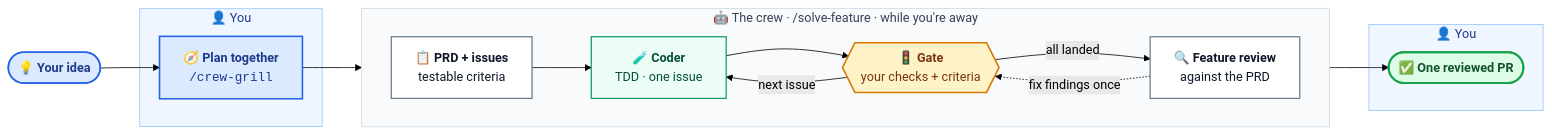
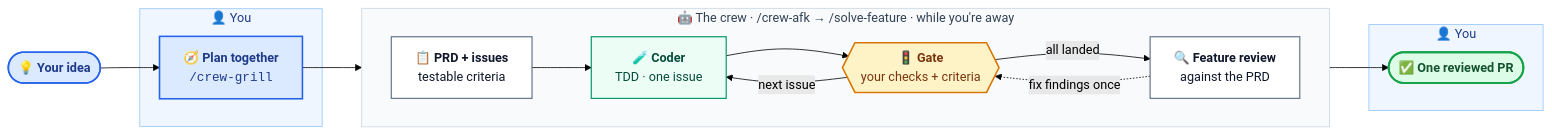
The diagram in README.md (ypxing/coding-crew), drawn with Mermaid (forest theme) before and after one commit. The commit also changed other lines of this file and 5 other files, not shown here.

Commit message:
[485][WIP] demo pin, RESULTS.md columns, README/CLAUDE.md/guide and CHANGELOG for the new crew-afk

````diff
--- a/README.md
+++ b/README.md
@@ -44,40 +45,40 @@
 ```mermaid
 flowchart LR
     idea(["💡 <b>Your idea</b>"]) --> plan
 
     subgraph you1 ["👤 You"]
         plan["🧭 <b>Plan together</b><br/><code>/crew-grill</code>"]
     end
 
     plan --> issues
 
-    subgraph crew ["🤖 The crew · /solve-feature · while you're away"]
+    subgraph crew ["🤖 The crew · /crew-afk → /solve-feature · while you're away"]
         direction LR
         issues["📋 <b>PRD + issues</b><br/>testable criteria"]
         issues --> c1["🧪 <b>Coder</b><br/>TDD · one issue"]
         c1 --> gate{{"🚦 <b>Gate</b><br/>your checks + criteria"}}
         gate -- "next issue" --> c1
         gate -- "all landed" --> review["🔍 <b>Feature review</b><br/>against the PRD"]
         review -. "fix findings once" .-> gate
     end
 
     review --> pr
 
     subgraph you2 ["👤 You"]
         pr(["✅ <b>One reviewed PR</b>"])
     end
 
     classDef human fill:#dbeafe,stroke:#2563eb,stroke-width:2px,color:#1e3a8a
     classDef bot fill:#ffffff,stroke:#64748b,stroke-width:1.5px,color:#0f172a
     classDef code fill:#ecfdf5,stroke:#059669,stroke-width:1.5px,color:#064e3b
     classDef gate fill:#fef3c7,stroke:#d97706,stroke-width:2px,color:#78350f
     classDef done fill:#dcfce7,stroke:#16a34a,stroke-width:2.5px,color:#14532d
     class idea,plan human
     class issues,review bot
     class c1 code
     class gate gate
     class pr done
     style you1 fill:#eff6ff,stroke:#93c5fd,color:#1e3a8a
     style you2 fill:#eff6ff,stroke:#93c5fd,color:#1e3a8a
     style crew fill:#f8fafc,stroke:#cbd5e1,color:#334155
 ```
````
